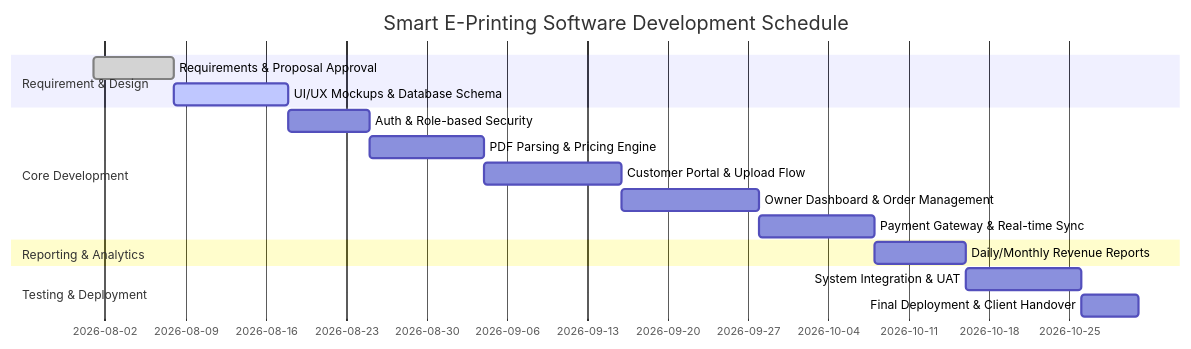
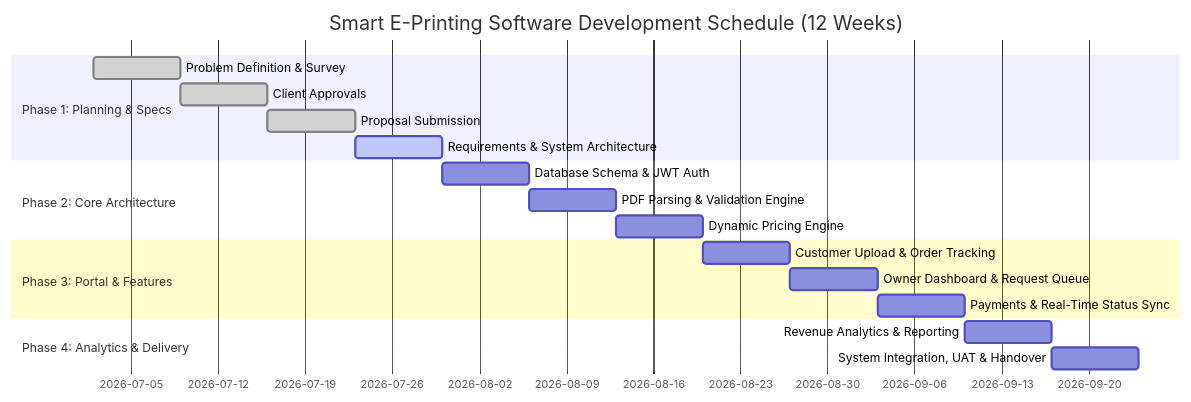
Before and after one commit to isrujalpatel/Smart-e-Print: the diagram in PROJECT_TIMELINE.md, drawn with Mermaid. The commit also changed other lines of this file, not shown here.

Commit message:
Timelines

````diff
--- a/PROJECT_TIMELINE.md
+++ b/PROJECT_TIMELINE.md
@@ -15,19 +34,21 @@
 ```mermaid
 gantt
-    title Smart E-Printing Software Development Schedule
+    title Smart E-Printing Software Development Schedule (12 Weeks)
     dateFormat  YYYY-MM-DD
-    section Requirement & Design
-    Requirements & Proposal Approval  :done, req, 2026-08-01, 7d
-    UI/UX Mockups & Database Schema   :active, des, 2026-08-08, 10d
-    section Core Development
-    Auth & Role-based Security        :dev1, 2026-08-18, 7d
-    PDF Parsing & Pricing Engine      :dev2, 2026-08-25, 10d
-    Customer Portal & Upload Flow     :dev3, 2026-09-04, 12d
-    Owner Dashboard & Order Management:dev4, 2026-09-16, 12d
-    Payment Gateway & Real-time Sync  :dev5, 2026-09-28, 10d
-    section Reporting & Analytics
-    Daily/Monthly Revenue Reports     :rep, 2026-10-08, 8d
-    section Testing & Deployment
-    System Integration & UAT          :test, 2026-10-16, 10d
-    Final Deployment & Client Handover:dep, 2026-10-26, 5d
+    section Phase 1: Planning & Specs
+    Problem Definition & Survey        :done, p1, 2026-07-02, 7d
+    Client Approvals                   :done, p2, 2026-07-09, 7d
+    Proposal Submission                :done, p3, 2026-07-16, 7d
+    Requirements & System Architecture :active, p4, 2026-07-23, 7d
+    section Phase 2: Core Architecture
+    Database Schema & JWT Auth         :p5, 2026-07-30, 7d
+    PDF Parsing & Validation Engine    :p6, 2026-08-06, 7d
+    Dynamic Pricing Engine             :p7, 2026-08-13, 7d
+    section Phase 3: Portal & Features
+    Customer Upload & Order Tracking   :p8, 2026-08-20, 7d
+    Owner Dashboard & Request Queue    :p9, 2026-08-27, 7d
+    Payments & Real-Time Status Sync   :p10, 2026-09-03, 7d
+    section Phase 4: Analytics & Delivery
+    Revenue Analytics & Reporting      :p11, 2026-09-10, 7d
+    System Integration, UAT & Handover :p12, 2026-09-17, 7d
 ```
````
